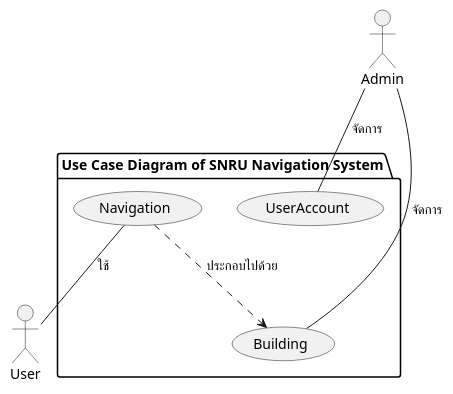
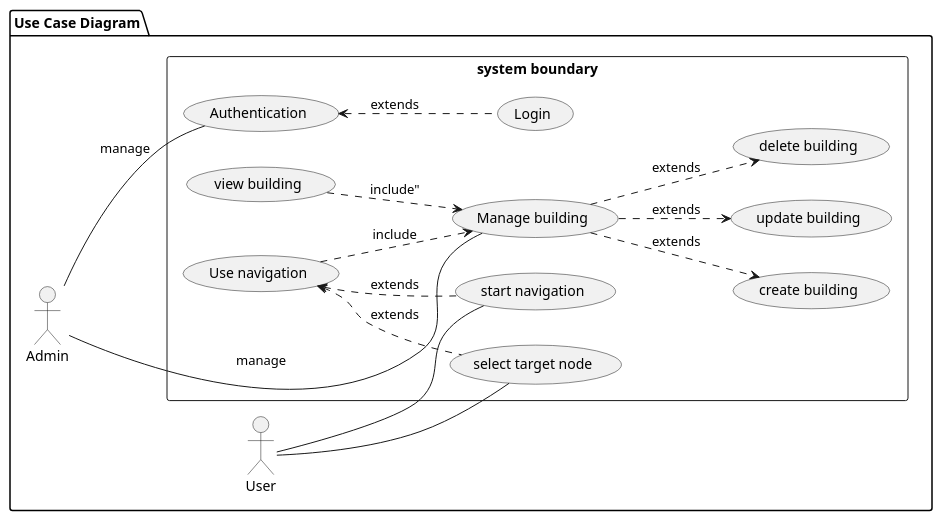
Before and after one commit to billowdev/flask-api-aco-shortest-path: the diagram in sa/use-case.puml, drawn with PlantUML. The commit also changed 3 other files, not shown here.

Commit message:
update class diagram

```diff
--- a/sa/use-case.puml
+++ b/sa/use-case.puml
@@ -1,22 +1,43 @@
 @startuml
 
+
+left to right direction
+package "Use Case Diagram" {
 actor Admin
 actor User
+rectangle "system boundary"{
 
-package "Use Case Diagram of SNRU Navigation System" {
+usecase "Manage building" as Building
+usecase "Authentication" as UserAccount
+usecase Login
 
-usecase Building
-usecase UserAccount
-usecase Navigation
+usecase "Use navigation" as Navigation
+usecase "select target node" as selectTargetNodeNavigation
+usecase "start navigation" as startNodeNavigation
+usecase "view building" as viewBuilding
+usecase "create building" as createBuilding
+usecase "update building" as updateBuilding
+usecase "delete building" as deleteBuilding
 
-Admin -- UserAccount : "จัดการ"
-Admin -- Building : "จัดการ"
+UserAccount <.. Login : "extends"
 
-Navigation -- User : "ใช้"
+Admin -- UserAccount : "manage"
+Admin -- Building : "manage"
 
-Navigation ..> Building : "ประกอบไปด้วย"
+'Navigation -- User
 
+Navigation ..> Building : "include"
+Navigation <.. selectTargetNodeNavigation : "extends"
+Navigation <.. startNodeNavigation : "extends"
 
+viewBuilding ..> Building : "include""
+Building ..>  createBuilding : "extends"
+Building ..>  updateBuilding : "extends"
+Building ..>  deleteBuilding : "extends"
+
+User -- startNodeNavigation
+User -- selectTargetNodeNavigation
+}
 }
 
 @enduml
```
